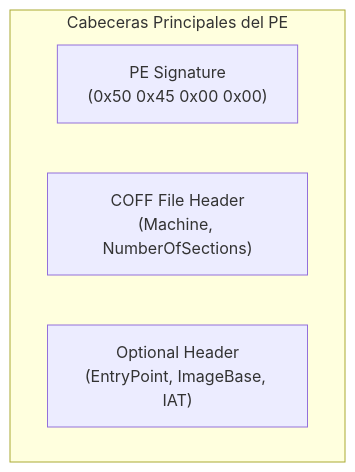
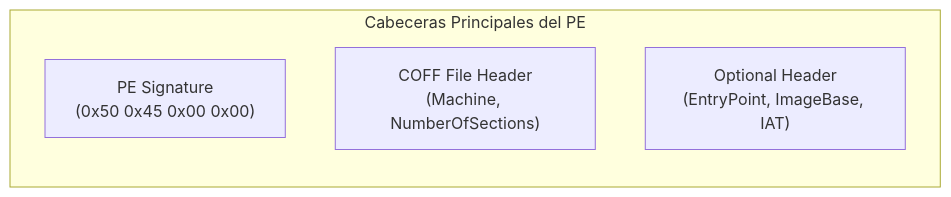
One commit to purpesec/Cybersecurity-For-Beginners changed the second of 5 diagrams in malware-analysis/06-formato-pe-e-imphash/README.md. Above: the diagram before and after it, drawn with Mermaid. The commit also changed other lines of this file and 8 other files, not shown here.

Commit message:
fix(malware-analysis): corregir sintaxis de diagramas Mermaid para compatibilidad estricta con renderizador de GitHub

````diff
--- a/malware-analysis/06-formato-pe-e-imphash/README.md
+++ b/malware-analysis/06-formato-pe-e-imphash/README.md
@@ -32,9 +32,8 @@
 ```mermaid
 flowchart LR
     subgraph CABECERAS["Cabeceras Principales del PE"]
-        direction LR
-        SIG["PE Signature\n(0x50 0x45 0x00 0x00)"]
-        COFF["COFF File Header\n(Machine, NumberOfSections)"]
-        OPT["Optional Header\n(EntryPoint, ImageBase, IAT)"]
+        SIG["PE Signature<br/>(0x50 0x45 0x00 0x00)"]
+        COFF["COFF File Header<br/>(Machine, NumberOfSections)"]
+        OPT["Optional Header<br/>(EntryPoint, ImageBase, IAT)"]
     end
 ```
````
